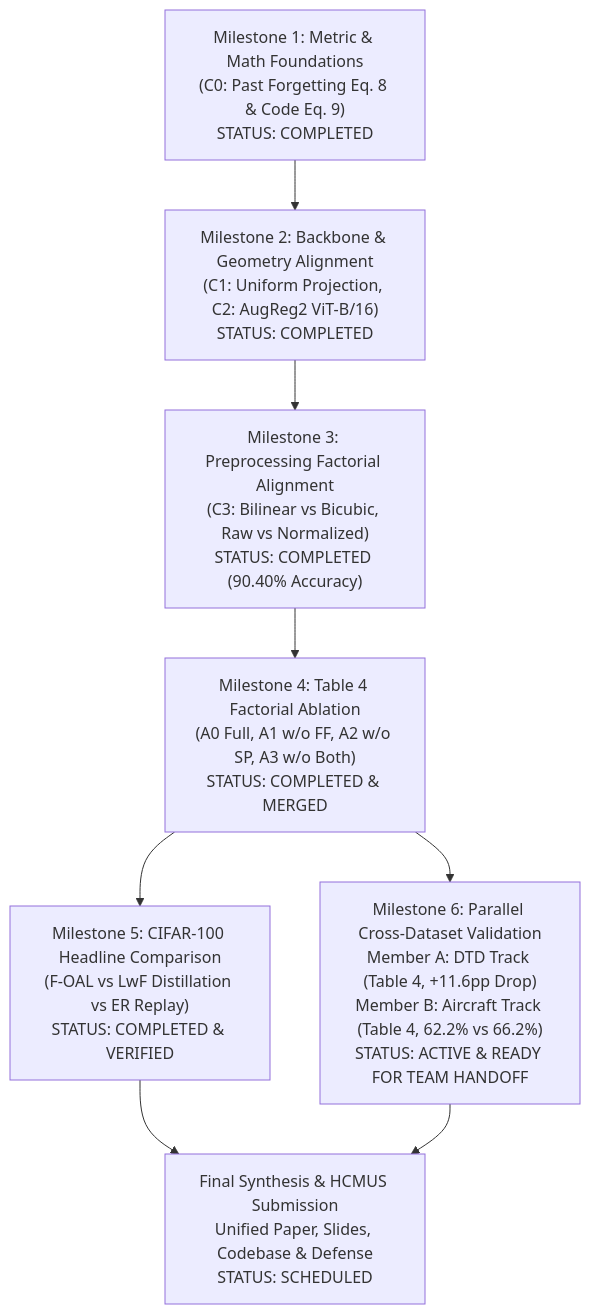
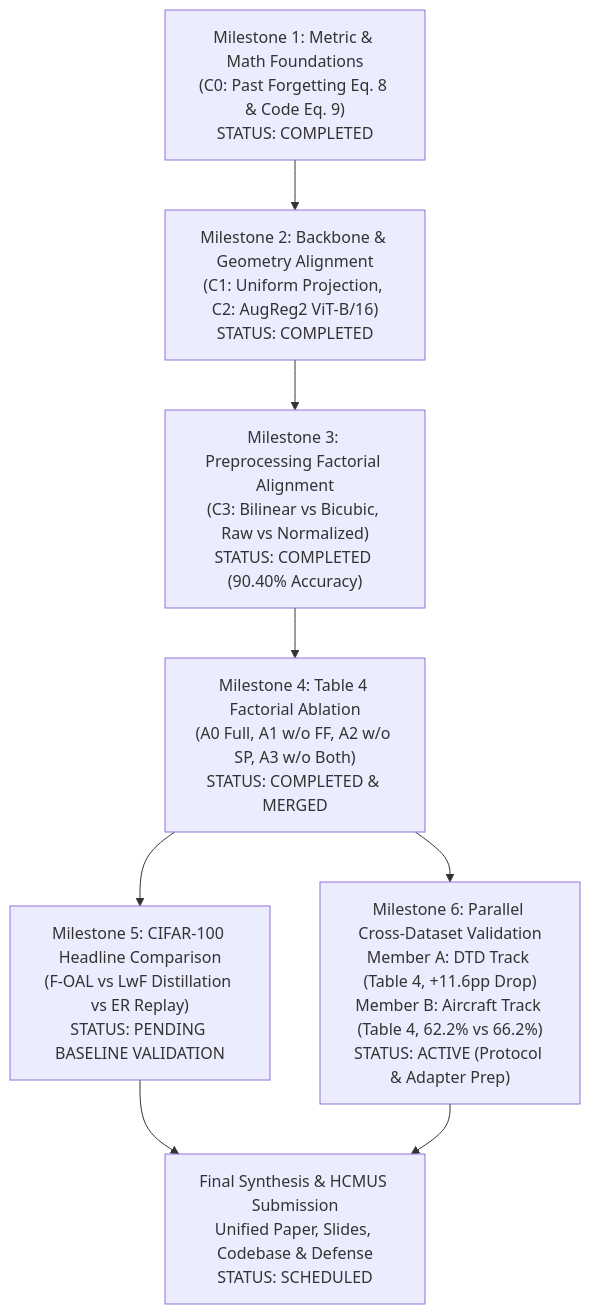
One commit to caoban123/F-OAL changed the diagram in docs/FOAL_FINAL_REPRODUCTION_ROADMAP.md. Above: the diagram before and after it, drawn with Mermaid. The commit also changed other lines of this file and 11 other files, not shown here.

Commit message:
fix(headline): reconcile raw task accuracy matrices, correct Table 2 paper references, harden test suite with 10 gates, and update status to PENDING_BASELINE_VALIDATION

````diff
--- a/docs/FOAL_FINAL_REPRODUCTION_ROADMAP.md
+++ b/docs/FOAL_FINAL_REPRODUCTION_ROADMAP.md
@@ -14,11 +14,11 @@
 ```mermaid
 flowchart TD
     M1["Milestone 1: Metric & Math Foundations<br>(C0: Past Forgetting Eq. 8 & Code Eq. 9)<br>STATUS: COMPLETED"] --> M2
     M2["Milestone 2: Backbone & Geometry Alignment<br>(C1: Uniform Projection, C2: AugReg2 ViT-B/16)<br>STATUS: COMPLETED"] --> M3
     M3["Milestone 3: Preprocessing Factorial Alignment<br>(C3: Bilinear vs Bicubic, Raw vs Normalized)<br>STATUS: COMPLETED (90.40% Accuracy)"] --> M4
     M4["Milestone 4: Table 4 Factorial Ablation<br>(A0 Full, A1 w/o FF, A2 w/o SP, A3 w/o Both)<br>STATUS: COMPLETED & MERGED"] --> M5
     M4 --> M6
-    M5["Milestone 5: CIFAR-100 Headline Comparison<br>(F-OAL vs LwF Distillation vs ER Replay)<br>STATUS: COMPLETED & VERIFIED"] --> Final
-    M6["Milestone 6: Parallel Cross-Dataset Validation<br>Member A: DTD Track (Table 4, +11.6pp Drop)<br>Member B: Aircraft Track (Table 4, 62.2% vs 66.2%)<br>STATUS: ACTIVE & READY FOR TEAM HANDOFF"] --> Final
+    M5["Milestone 5: CIFAR-100 Headline Comparison<br>(F-OAL vs LwF Distillation vs ER Replay)<br>STATUS: PENDING BASELINE VALIDATION"] --> Final
+    M6["Milestone 6: Parallel Cross-Dataset Validation<br>Member A: DTD Track (Table 4, +11.6pp Drop)<br>Member B: Aircraft Track (Table 4, 62.2% vs 66.2%)<br>STATUS: ACTIVE (Protocol & Adapter Prep)"] --> Final
     Final["Final Synthesis & HCMUS Submission<br>Unified Paper, Slides, Codebase & Defense<br>STATUS: SCHEDULED"]
 ```
````
